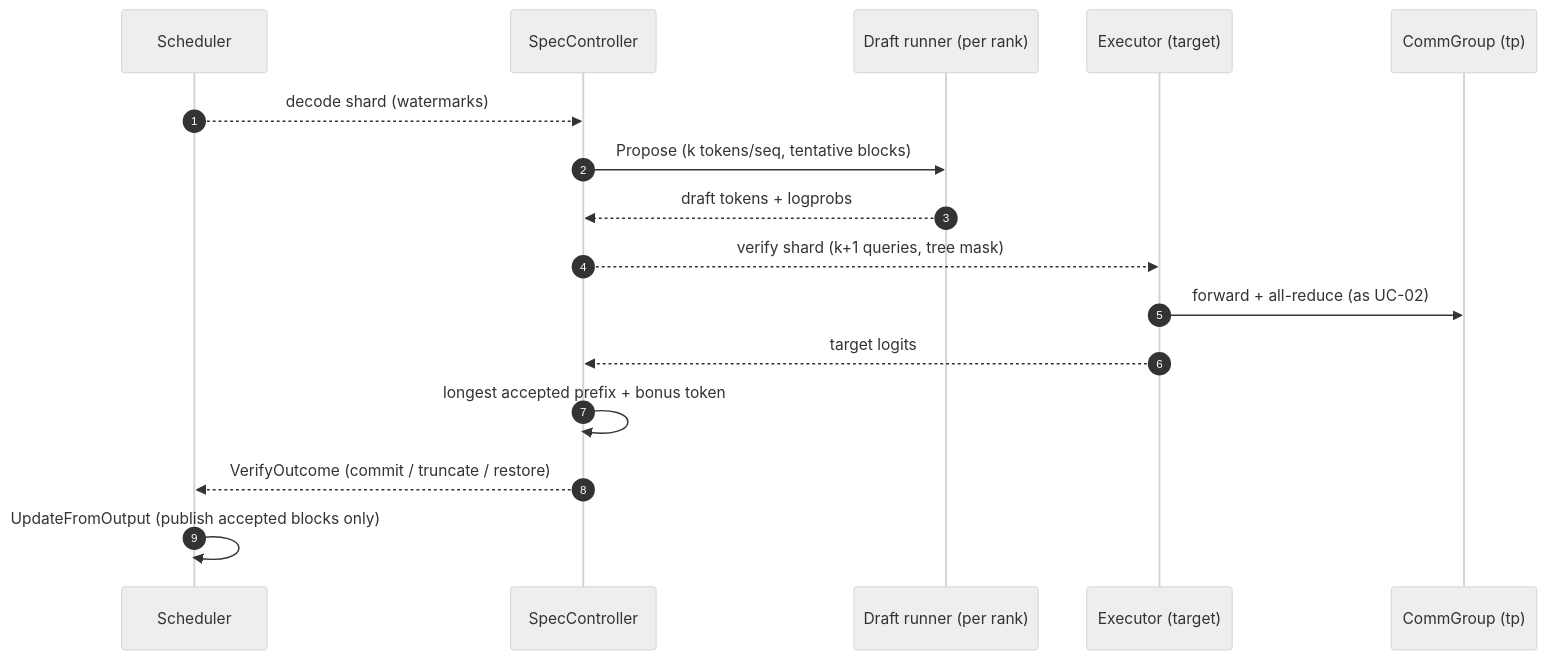
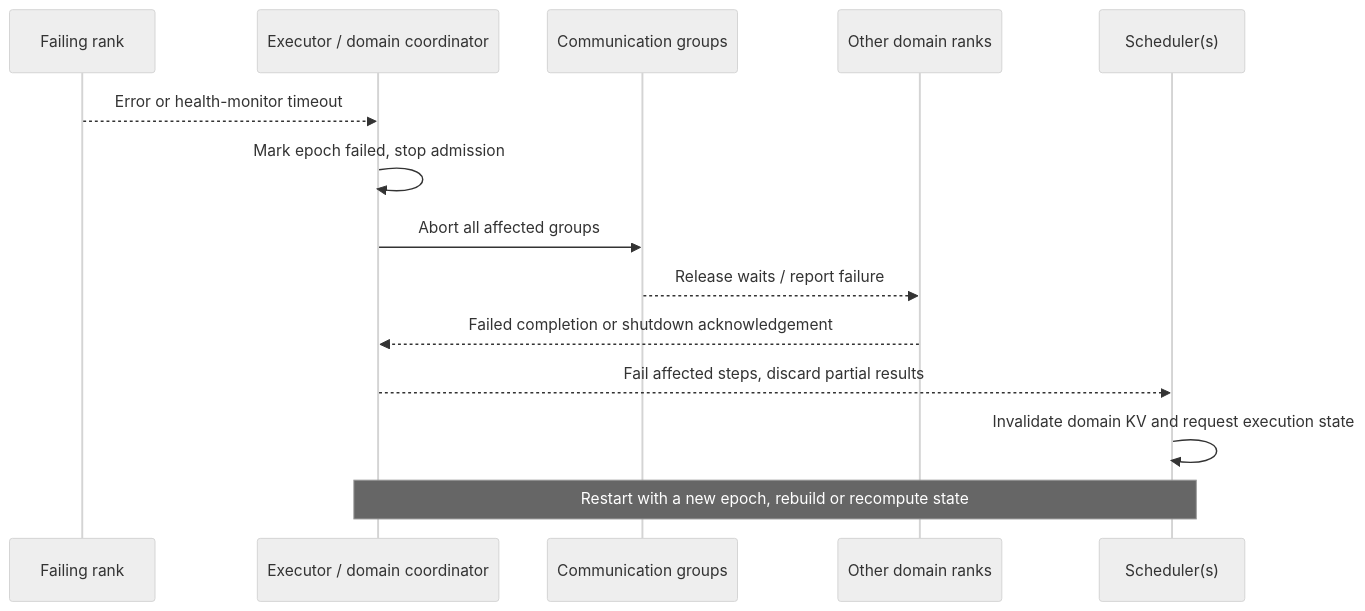
The eighth of 8 diagrams in docs/executor.md (divedb/InferX), drawn with Mermaid (neutral theme) before and after one commit. The commit also changed other lines of this file and 1761 other files, not shown here.

````diff
--- a/docs/executor.md
+++ b/docs/executor.md
@@ -1443,19 +770,16 @@
 ```mermaid
 sequenceDiagram
-    autonumber
-    participant S as Scheduler
-    participant SC as SpecController
-    participant DE as Draft runner (per rank)
-    participant X as Executor (target)
-    participant G as CommGroup (tp)
-
-    S-->>SC: decode shard (watermarks)
-    SC->>DE: Propose (k tokens/seq, tentative blocks)
-    DE-->>SC: draft tokens + logprobs
-    SC-->>X: verify shard (k+1 queries, tree mask)
-    X->>G: forward + all-reduce (as UC-02)
-    X-->>SC: target logits
-    SC->>SC: longest accepted prefix + bonus token
-    SC-->>S: VerifyOutcome (commit / truncate / restore)
-    S->>S: UpdateFromOutput (publish accepted blocks only)
+    participant R as Failing rank
+    participant E as Executor / domain coordinator
+    participant C as Communication groups
+    participant P as Other domain ranks
+    participant S as Scheduler(s)
+    R-->>E: Error or health-monitor timeout
+    E->>E: Mark epoch failed, stop admission
+    E->>C: Abort all affected groups
+    C-->>P: Release waits / report failure
+    P-->>E: Failed completion or shutdown acknowledgement
+    E-->>S: Fail affected steps, discard partial results
+    S->>S: Invalidate domain KV and request execution state
+    Note over E,S: Restart with a new epoch, rebuild or recompute state
 ```
````
